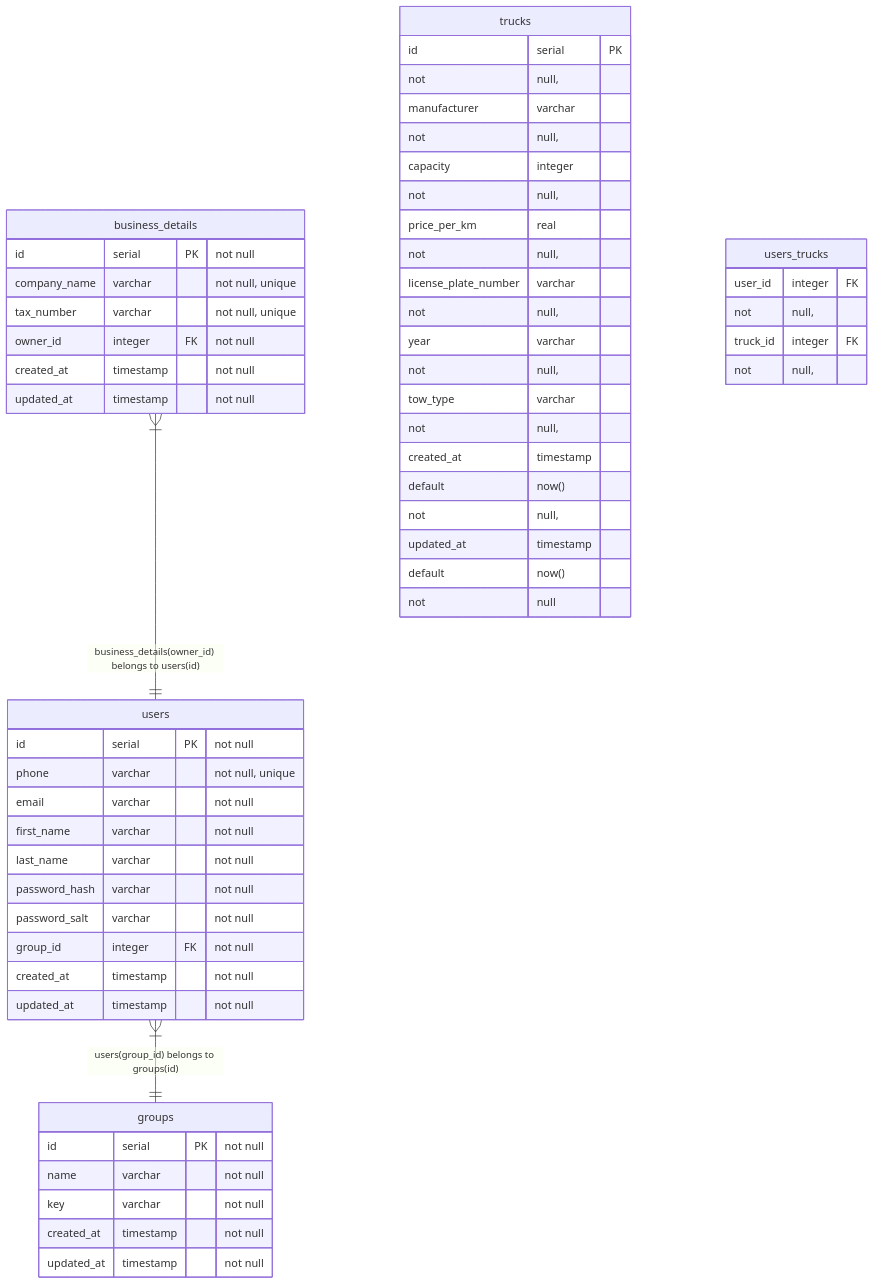
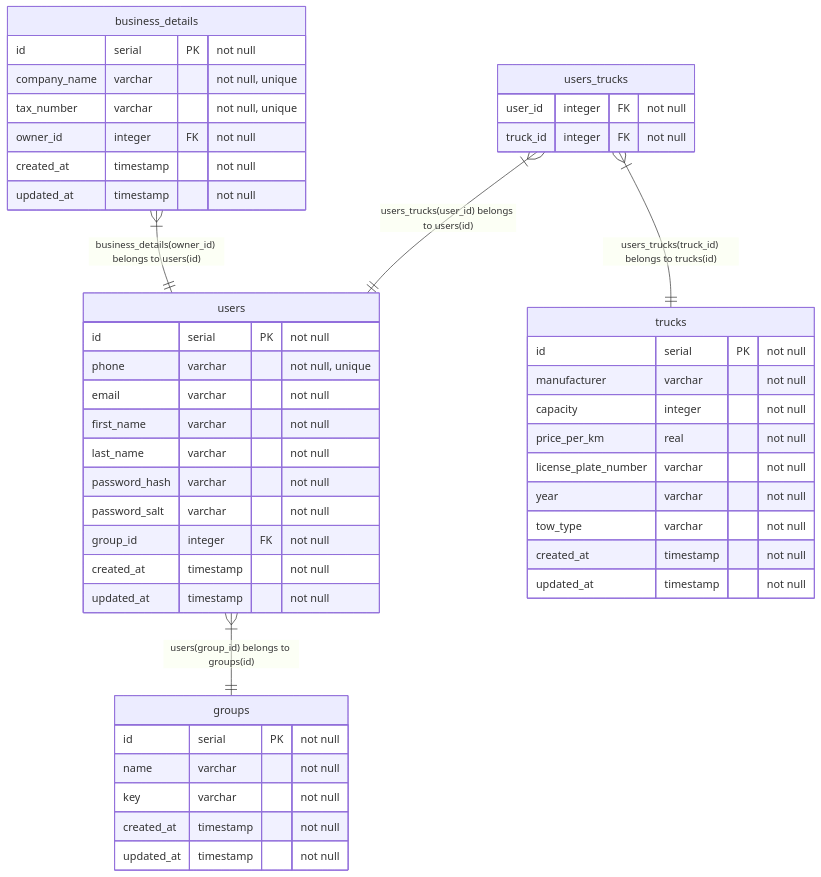
One commit to BinaryStudioAcademy/bsa-2023-towhub changed the diagram in readme.md. Above: the diagram before and after it, drawn with Mermaid. The commit also changed 8 other files, not shown here.

````diff
--- a/readme.md
+++ b/readme.md
@@ -45,55 +45,59 @@
 ```mermaid
 
 erDiagram
 
     users {
         id serial PK "not null"
         phone varchar "not null, unique"
         email varchar "not null"
         first_name varchar "not null"
         last_name varchar "not null"
         password_hash varchar "not null"
         password_salt varchar "not null"
         group_id integer FK "not null"
         created_at timestamp "not null"
         updated_at timestamp "not null"
     }
 
     groups {
         id serial PK "not null"
         name varchar "not null"
         key varchar "not null"
         created_at timestamp "not null"
         updated_at timestamp "not null"
     }
 
     business_details {
         id serial PK "not null"
         company_name varchar "not null, unique"
         tax_number varchar "not null, unique"
         owner_id integer FK "not null"
         created_at timestamp "not null"
         updated_at timestamp "not null"
     }
 
     users one or many -- one groups: "users(group_id) belongs to groups(id)"
     business_details one or many -- one users: "business_details(owner_id) belongs to users(id)"
 
     trucks {
-        id serial PK not null,
-        manufacturer varchar not null,
-        capacity integer not null,
-        price_per_km real not null,
-        license_plate_number varchar not null,
-        year varchar not null,
-        tow_type varchar not null,
-        created_at timestamp default now() not null,
-        updated_at timestamp default now() not null
+        id serial PK "not null"
+        manufacturer varchar "not null"
+        capacity integer "not null"
+        price_per_km real "not null"
+        license_plate_number varchar "not null"
+        year varchar "not null"
+        tow_type varchar "not null"
+        created_at timestamp "not null"
+        updated_at timestamp "not null"
     }
 
     users_trucks {
-        user_id integer FK not null,
-        truck_id integer FK not null,
+        user_id integer FK "not null"
+        truck_id integer FK "not null"
     }
 
+    users_trucks one or many -- one trucks: "users_trucks(truck_id) belongs to trucks(id)"
+    users_trucks one or many -- one users: "users_trucks(user_id) belongs to users(id)"
+
+
 ```
````
